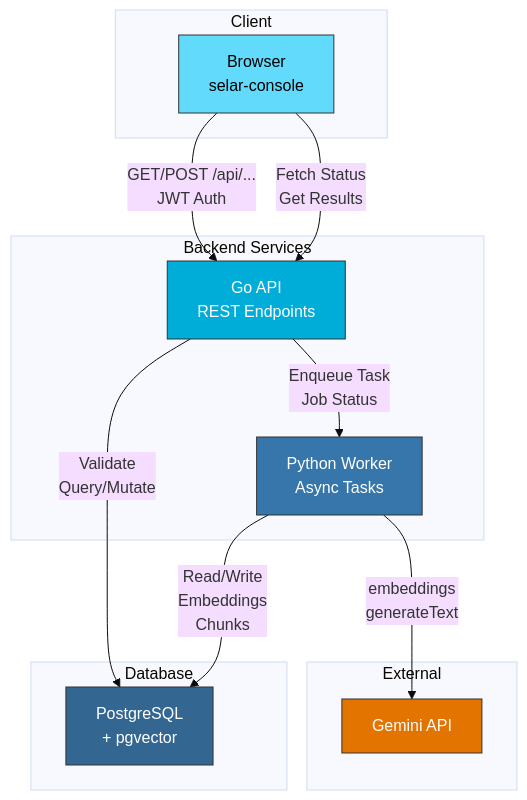
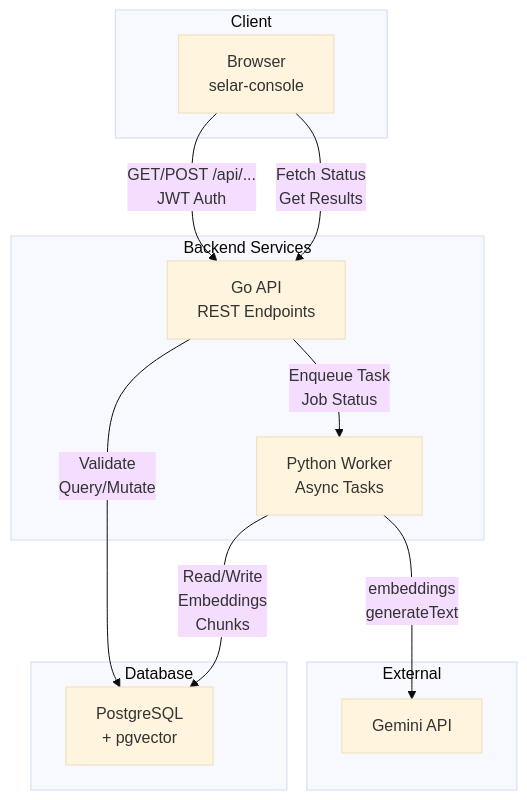
Before and after one commit to kaviru2/selar-dev: the third of 3 diagrams in ARCHITECTURE.md, drawn with Mermaid (base theme). The commit also changed other lines of this file, not shown here.

Commit message:
refactor: remove colors from ARCHITECTURE.md diagrams - pure black and white

````diff
--- a/ARCHITECTURE.md
+++ b/ARCHITECTURE.md
@@ -82,32 +75,26 @@
 ```mermaid
 graph TB
     subgraph "Client"
         Browser["Browser<br/>selar-console"]
     end
     
     subgraph "Backend Services"
         Go["Go API<br/>REST Endpoints"]
         Py["Python Worker<br/>Async Tasks"]
     end
     
     subgraph "Database"
         DB["PostgreSQL<br/>+ pgvector"]
     end
     
     subgraph "External"
         Gemini["Gemini API"]
     end
     
     Browser -->|GET/POST /api/...<br/>JWT Auth| Go
     Go -->|Validate<br/>Query/Mutate| DB
     Go -->|Enqueue Task<br/>Job Status| Py
     Py -->|Read/Write<br/>Embeddings<br/>Chunks| DB
     Py -->|embeddings<br/>generateText| Gemini
     Browser -->|Fetch Status<br/>Get Results| Go
-    
-    style Browser fill:#61dafb,stroke:#333,color:#000
-    style Go fill:#00add8,stroke:#333,color:#fff
-    style Py fill:#3776ab,stroke:#333,color:#fff
-    style DB fill:#336791,stroke:#333,color:#fff
-    style Gemini fill:#e37400,stroke:#333,color:#fff
 ```
````
